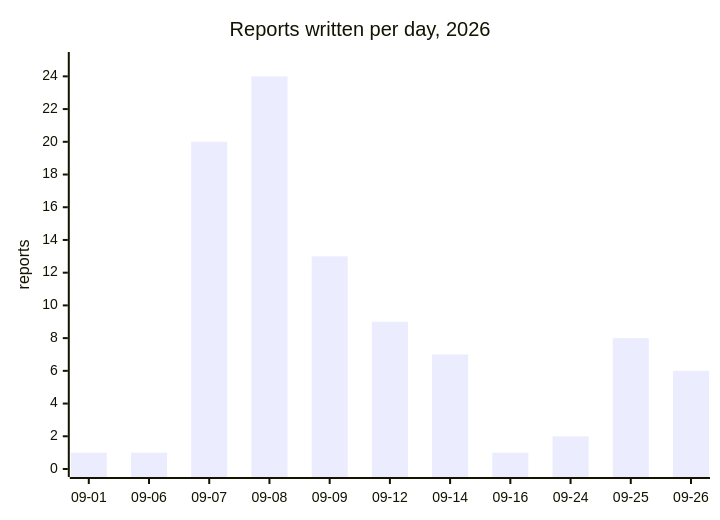
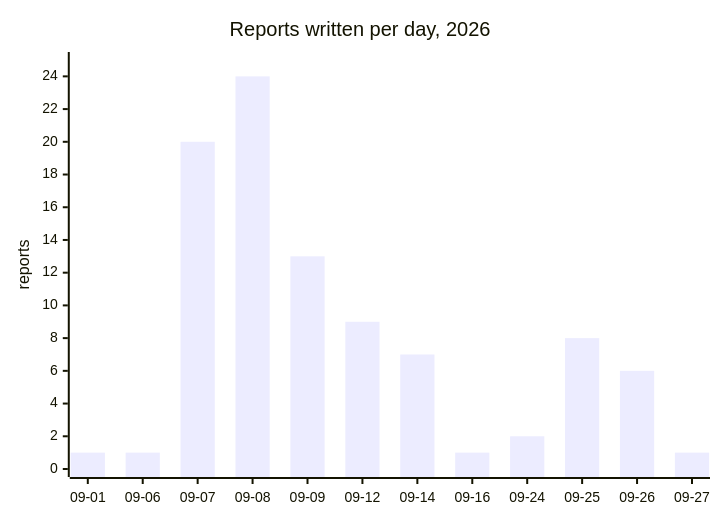
The diagram in docs/reports/README.md (cluster2600/porscheparts), drawn with Mermaid before and after one commit. The commit also changed other lines of this file and 9 other files, not shown here.

````diff
--- a/docs/reports/README.md
+++ b/docs/reports/README.md
@@ -7,7 +7,7 @@
 ```mermaid
 xychart-beta
     title "Reports written per day, 2026"
-    x-axis ["09-01", "09-06", "09-07", "09-08", "09-09", "09-12", "09-14", "09-16", "09-24", "09-25", "09-26"]
+    x-axis ["09-01", "09-06", "09-07", "09-08", "09-09", "09-12", "09-14", "09-16", "09-24", "09-25", "09-26", "09-27"]
     y-axis "reports" 0 --> 25
-    bar [1, 1, 20, 24, 13, 9, 7, 1, 2, 8, 6]
+    bar [1, 1, 20, 24, 13, 9, 7, 1, 2, 8, 6, 1]
 ```
````
